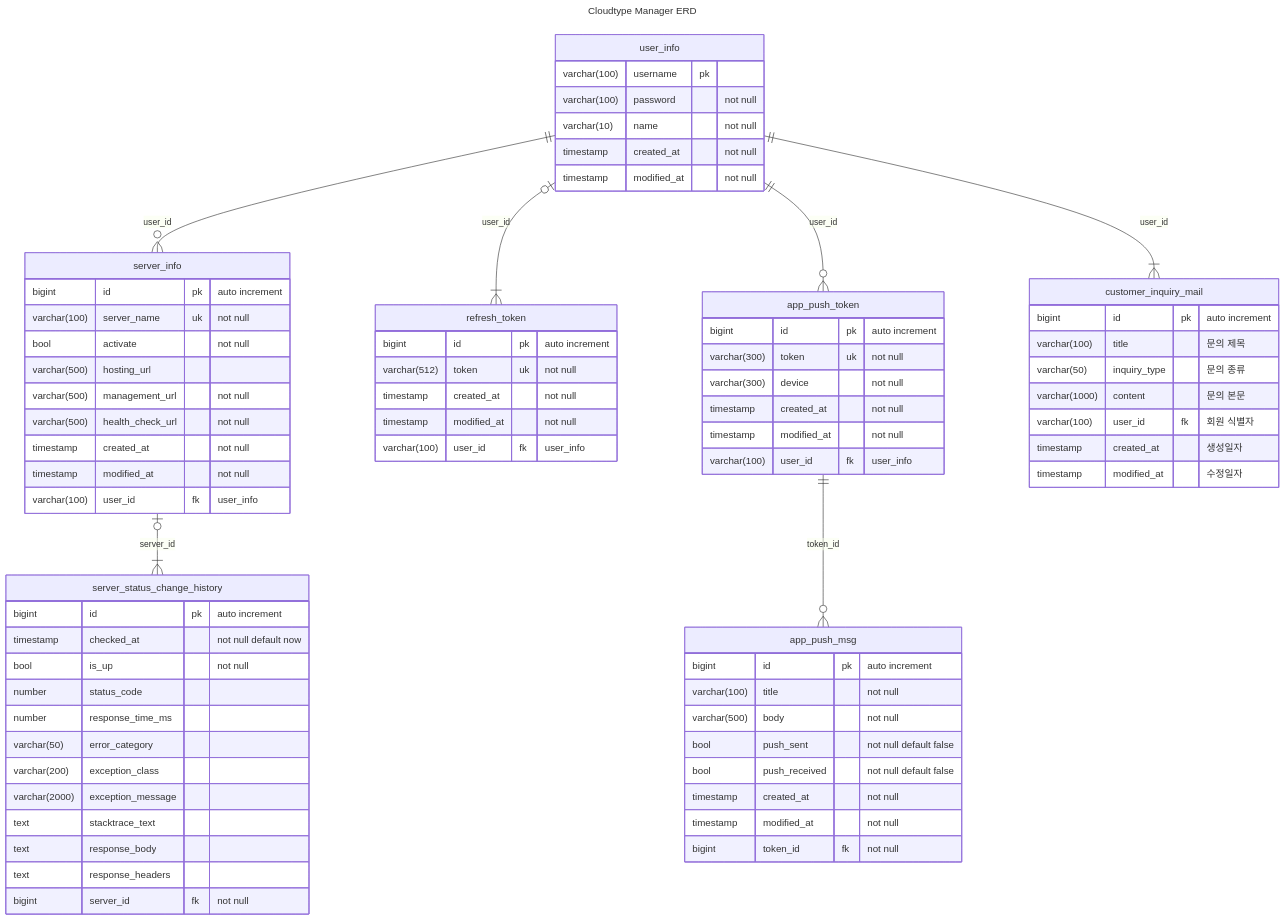
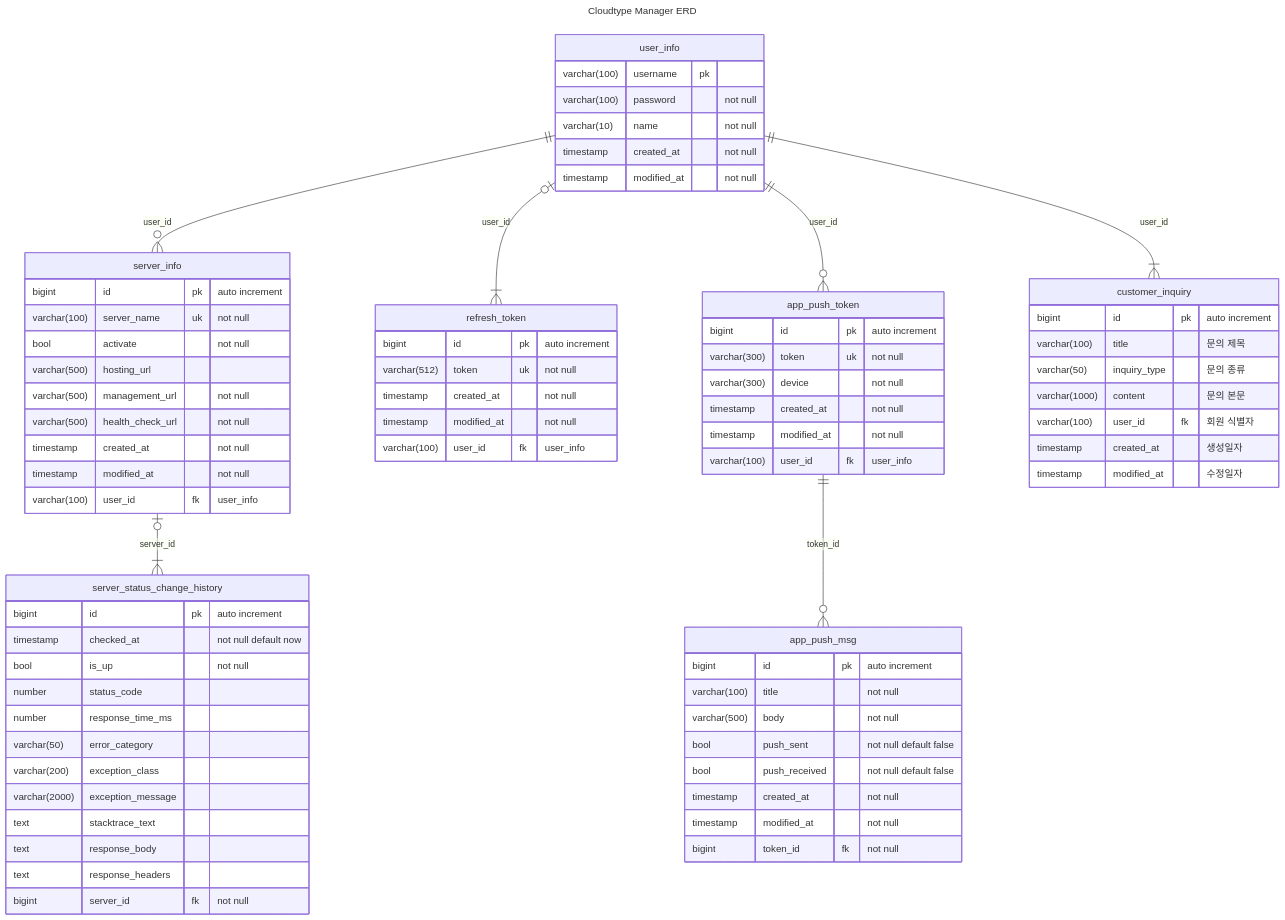
Before and after one commit to GuardJo/cloudtype-manager: the diagram in cloudtype-manager-api/README.md, drawn with Mermaid. The commit also changed 5 other files, not shown here.

```diff
--- a/cloudtype-manager-api/README.md
+++ b/cloudtype-manager-api/README.md
@@ -91,7 +91,7 @@
 bigint server_id fk "not null"
  }
 
-customer_inquiry_mail {
+customer_inquiry {
 bigint id pk "auto increment"
 varchar(100) title "문의 제목"
 varchar(50) inquiry_type "문의 종류"
@@ -104,7 +104,7 @@
 user_info ||--o{ server_info: "user_id"
 user_info o|--|{ refresh_token: "user_id"
 user_info ||--o{ app_push_token: "user_id"
-user_info ||--|{ customer_inquiry_mail: "user_id"
+user_info ||--|{ customer_inquiry: "user_id"
 
 app_push_token ||--o{ app_push_msg: "token_id"
 
```
